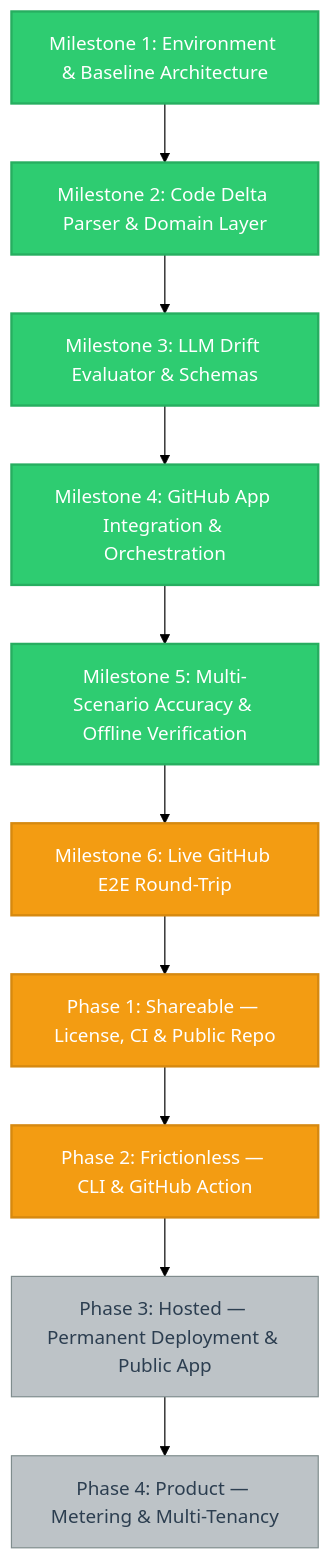
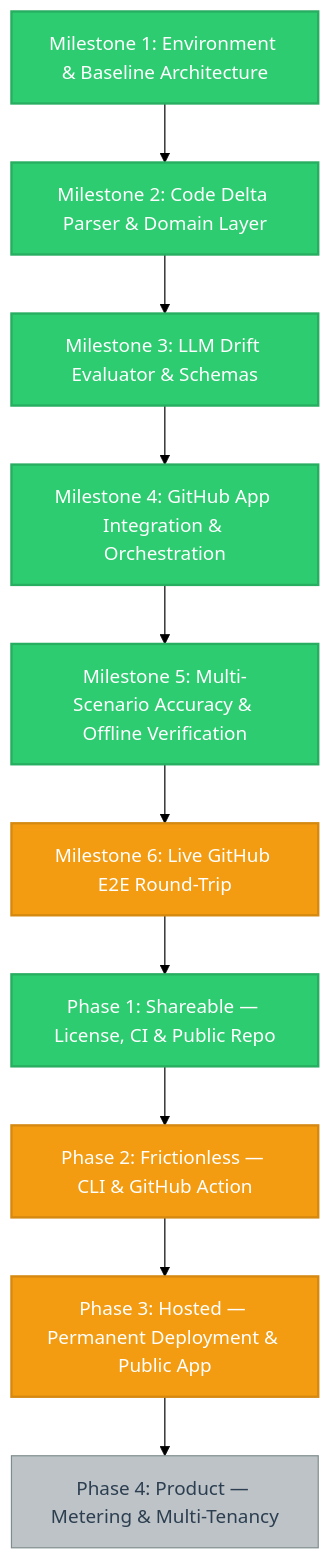
One commit to kaamipresents/readme-realist changed the diagram in PROGRESS.md. Above: the diagram before and after it, drawn with Mermaid (forest theme). The commit also changed other lines of this file, not shown here.

````diff
--- a/PROGRESS.md
+++ b/PROGRESS.md
@@ -3,45 +3,45 @@
 ```mermaid
 graph TD
     %% Workflow Architecture
     M1[Milestone 1: Environment & Baseline Architecture]
     M2[Milestone 2: Code Delta Parser & Domain Layer]
     M3[Milestone 3: LLM Drift Evaluator & Schemas]
     M4[Milestone 4: GitHub App Integration & Orchestration]
     M5[Milestone 5: Multi-Scenario Accuracy & Offline Verification]
     M6[Milestone 6: Live GitHub E2E Round-Trip]
 
     %% Distribution Track
     P1[Phase 1: Shareable — License, CI & Public Repo]
     P2[Phase 2: Frictionless — CLI & GitHub Action]
     P3[Phase 3: Hosted — Permanent Deployment & Public App]
     P4[Phase 4: Product — Metering & Multi-Tenancy]
 
     %% Dependencies
     M1 --> M2
     M2 --> M3
     M3 --> M4
     M4 --> M5
     M5 --> M6
     M6 --> P1
     P1 --> P2
     P2 --> P3
     P3 --> P4
 
     %% Style Classes
     classDef done fill:#2ecc71,stroke:#27ae60,stroke-width:2px,color:#ffffff;
     classDef active fill:#f39c12,stroke:#d68910,stroke-width:2px,color:#ffffff;
     classDef blocked fill:#e74c3c,stroke:#c0392b,stroke-width:2px,color:#ffffff;
     classDef todo fill:#bdc3c7,stroke:#7f8c8d,stroke-width:1px,color:#2c3e50;
 
     %% Dynamic Node State Assignments
     class M1 done;
     class M2 done;
     class M3 done;
     class M4 done;
     class M5 done;
     class M6 active;
-    class P1 active;
+    class P1 done;
     class P2 active;
-    class P3 todo;
+    class P3 active;
     class P4 todo;
 ```
````
